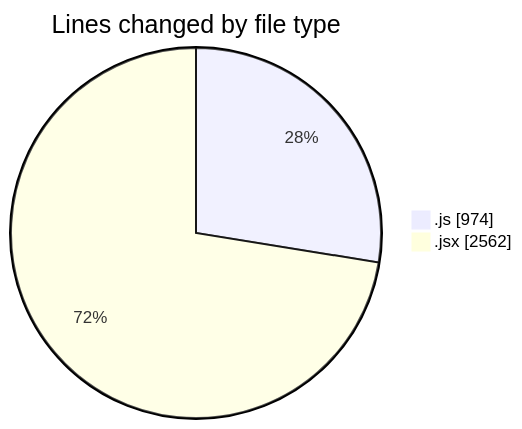
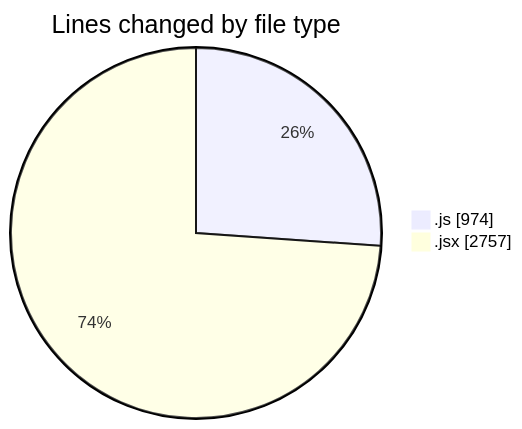
One commit to nxtqubesakshisongat/code-tracking changed the first of 2 diagrams in 2025-12-05/nxtqube_webapp/README.md. Above: the diagram before and after it, drawn with Mermaid. The commit also changed other lines of this file and 1 other file, not shown here.

````diff
--- a/2025-12-05/nxtqube_webapp/README.md
+++ b/2025-12-05/nxtqube_webapp/README.md
@@ -22,6 +23,6 @@
 ```mermaid
 pie showData
 title Lines changed by file type
 ".js" : 974
-".jsx" : 2562
+".jsx" : 2757
 ```
````
